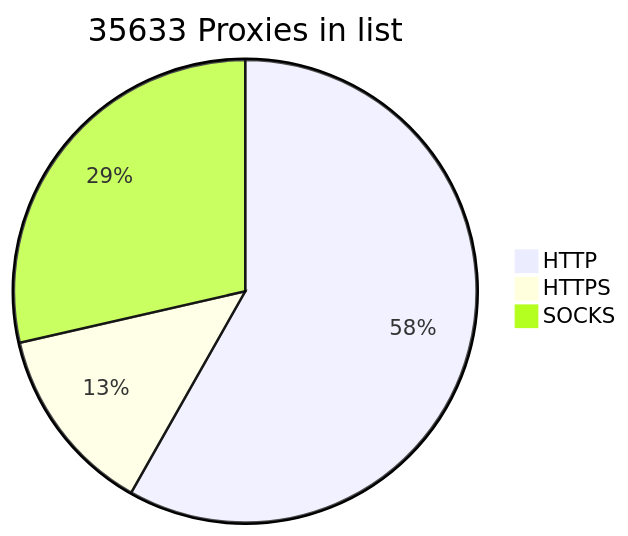
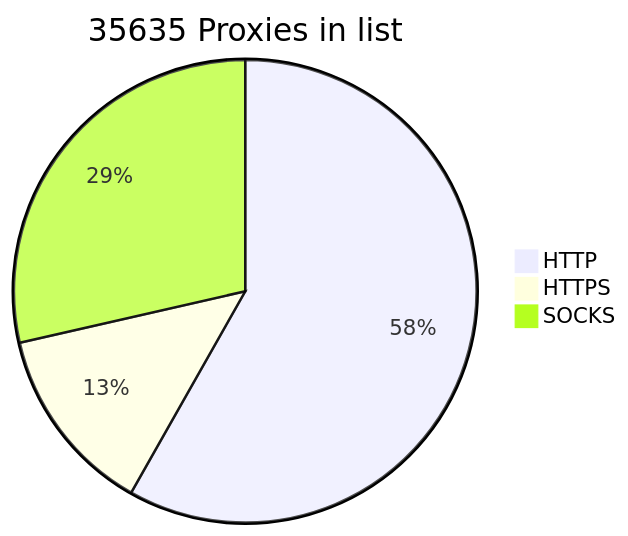
Before and after one commit to BlackSnowDot/proxylist-update-every-minute: the diagram in README.md, drawn with Mermaid.

````diff
--- a/README.md
+++ b/README.md
@@ -2,6 +2,6 @@
 ```mermaid
-pie title 35633 Proxies in list
+pie title 35635 Proxies in list
     "HTTP" : 23049
     "HTTPS": 5237
     "SOCKS" : 11318
 ```
````
